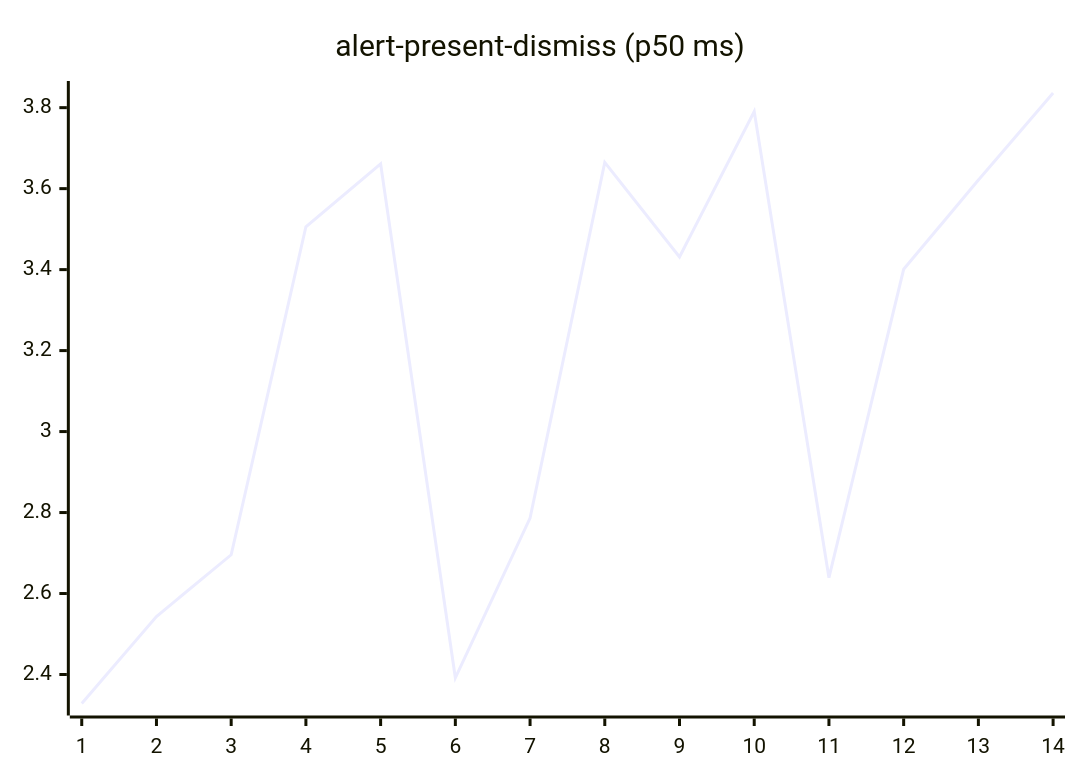
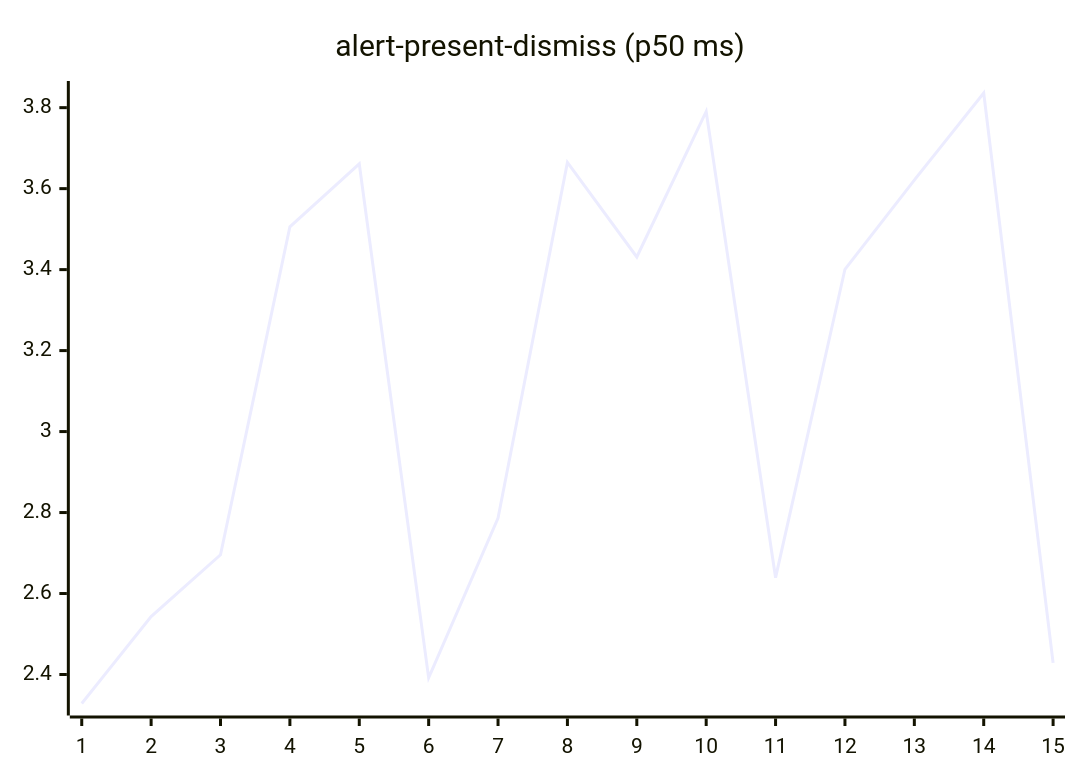
One commit to josha/Facet changed the second of 27 diagrams in README.md. Above: the diagram before and after it, drawn with Mermaid. The commit also changed other lines of this file and 2 other files, not shown here.

````diff
--- a/README.md
+++ b/README.md
@@ -70,6 +70,6 @@
 ```mermaid
 xychart-beta
     title "alert-present-dismiss (p50 ms)"
-    x-axis 1 --> 14
-    line [2.3284, 2.5432, 2.6957, 3.5058, 3.6611, 2.3918, 2.7865, 3.6648, 3.4312, 3.7906, 2.6392, 3.4008, 3.6212, 3.8362]
+    x-axis 1 --> 15
+    line [2.3284, 2.5432, 2.6957, 3.5058, 3.6611, 2.3918, 2.7865, 3.6648, 3.4312, 3.7906, 2.6392, 3.4008, 3.6212, 3.8362, 2.4288]
 ```
````
